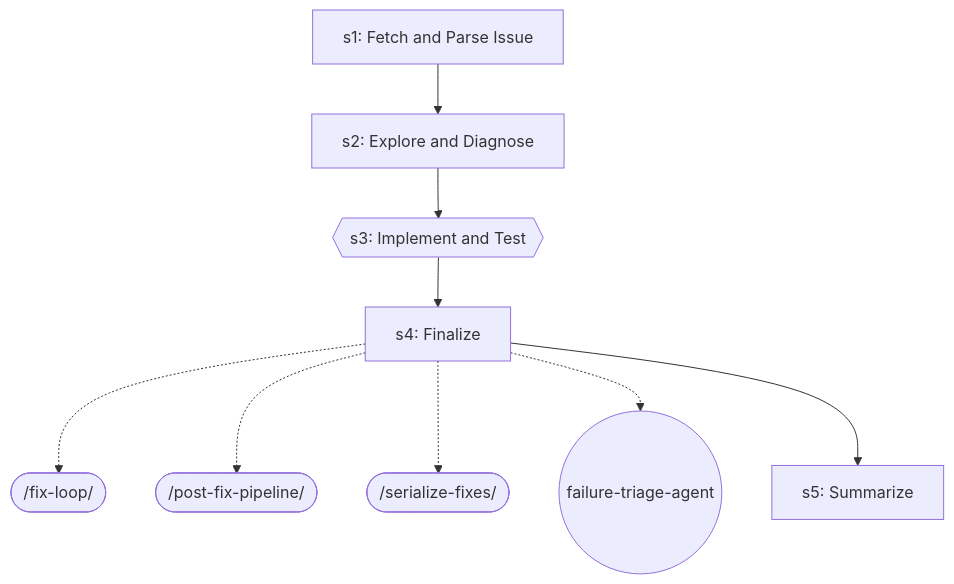
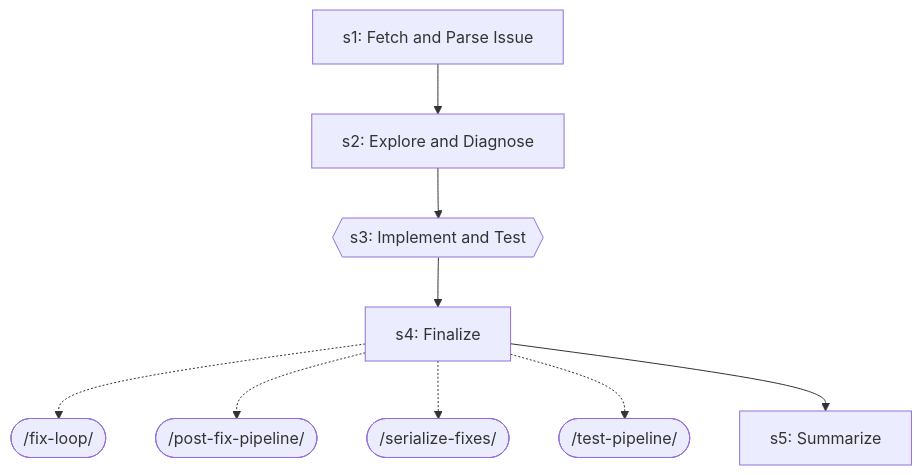
The sixth of 20 diagrams in docs/workflows/learning-self-improvement.md (abhayla/claude-best-practices), drawn with Mermaid before and after one commit. The commit also changed other lines of this file and 14 other files, not shown here.

````diff
--- a/docs/workflows/learning-self-improvement.md
+++ b/docs/workflows/learning-self-improvement.md
@@ -411,20 +411,20 @@
 ```mermaid
 graph TD
     s1["s1: Fetch and Parse Issue"]
     s2["s2: Explore and Diagnose"]
     s1 --> s2
     s3{{s3: Implement and Test}}
     s2 --> s3
     s4["s4: Finalize"]
     s3 --> s4
     fix_loop_ext([/fix-loop/])
     s4 -.-> fix_loop_ext
     post_fix_pipeline_ext([/post-fix-pipeline/])
     s4 -.-> post_fix_pipeline_ext
     serialize_fixes_ext([/serialize-fixes/])
     s4 -.-> serialize_fixes_ext
-    failure_triage_agent_ext((failure-triage-agent))
-    s4 -.-> failure_triage_agent_ext
+    test_pipeline_ext([/test-pipeline/])
+    s4 -.-> test_pipeline_ext
     s5["s5: Summarize"]
     s4 --> s5
 ```
````
